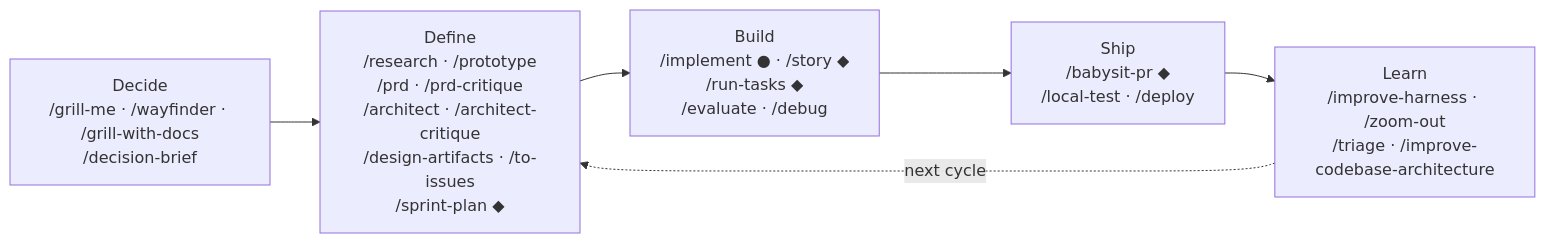
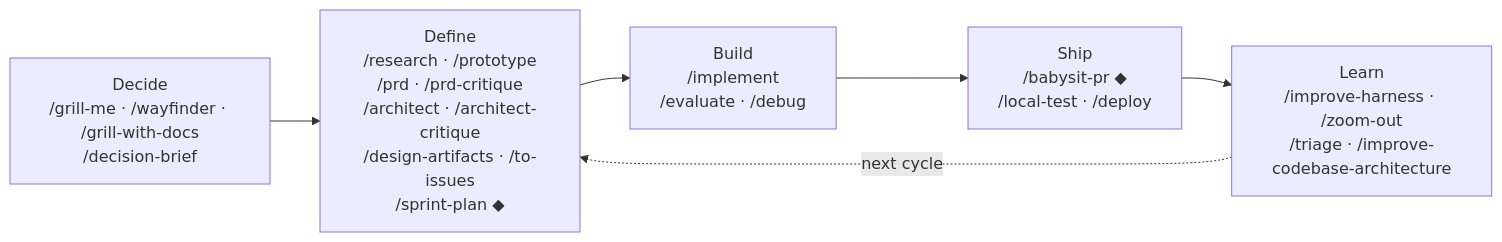
One commit to anudeeps28/claude-code-harness changed the first of 3 diagrams in README.md. Above: the diagram before and after it, drawn with Mermaid. The commit also changed other lines of this file and 55 other files, not shown here.

First line of the commit message:
feat(implement): one build skill, /story and /run-tasks retired (F7 #61)

````diff
--- a/README.md
+++ b/README.md
@@ -78,11 +104,11 @@
 ```mermaid
 flowchart LR
     P0["Decide<br/>/grill-me · /wayfinder · /grill-with-docs<br/>/decision-brief"]
     P1["Define<br/>/research · /prototype<br/>/prd · /prd-critique<br/>/architect · /architect-critique<br/>/design-artifacts · /to-issues<br/>/sprint-plan ◆"]
-    P2["Build<br/>/implement ● · /story ◆<br/>/run-tasks ◆<br/>/evaluate · /debug"]
+    P2["Build<br/>/implement<br/>/evaluate · /debug"]
     P3["Ship<br/>/babysit-pr ◆<br/>/local-test · /deploy"]
     P4["Learn<br/>/improve-harness · /zoom-out<br/>/triage · /improve-codebase-architecture"]
 
     P0 --> P1 --> P2 --> P3 --> P4
     P4 -.->|"next cycle"| P1
 ```
````
